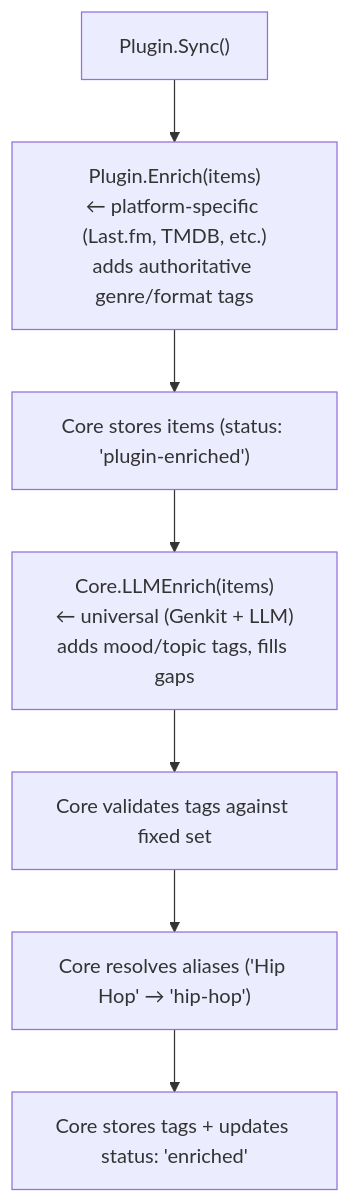
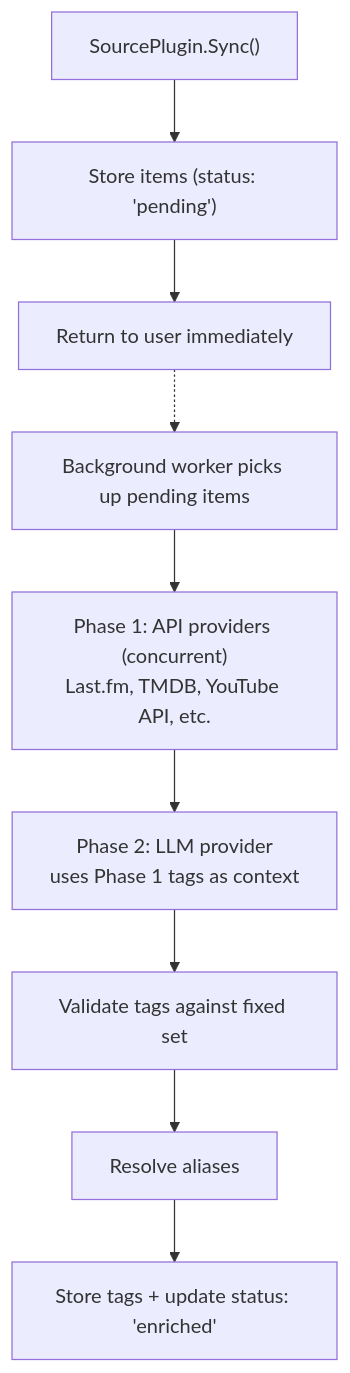
One commit to justEstif/specto changed the diagram in docs/enrichment.md. Above: the diagram before and after it, drawn with Mermaid. The commit also changed other lines of this file and 1 other file, not shown here.

First line of the commit message:
docs: update enrichment.md with architecture decisions

````diff
--- a/docs/enrichment.md
+++ b/docs/enrichment.md
@@ -278,9 +319,11 @@
 ```mermaid
 flowchart TD
-    A["Plugin.Sync()"] --> B["Plugin.Enrich(items)<br/>← platform-specific (Last.fm, TMDB, etc.)<br/>adds authoritative genre/format tags"]
-    B --> C["Core stores items (status: 'plugin-enriched')"]
-    C --> D["Core.LLMEnrich(items)<br/>← universal (Genkit + LLM)<br/>adds mood/topic tags, fills gaps"]
-    D --> E["Core validates tags against fixed set"]
-    E --> F["Core resolves aliases ('Hip Hop' → 'hip-hop')"]
-    F --> G["Core stores tags + updates status: 'enriched'"]
+    A["SourcePlugin.Sync()"] --> B["Store items (status: 'pending')"]
+    B --> C["Return to user immediately"]
+    C -.-> D["Background worker picks up pending items"]
+    D --> E["Phase 1: API providers (concurrent)<br/>Last.fm, TMDB, YouTube API, etc."]
+    E --> F["Phase 2: LLM provider<br/>uses Phase 1 tags as context"]
+    F --> G["Validate tags against fixed set"]
+    G --> H["Resolve aliases"]
+    H --> I["Store tags + update status: 'enriched'"]
 ```
````
